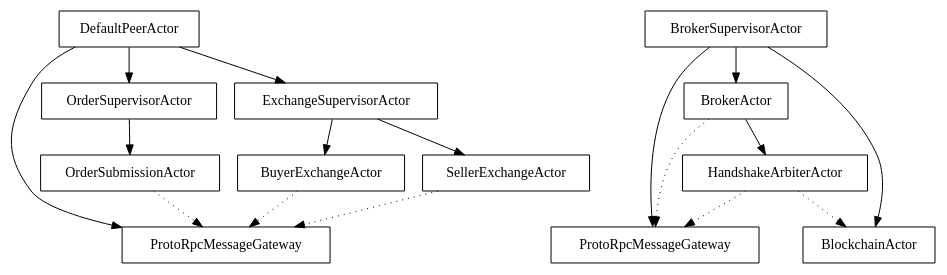
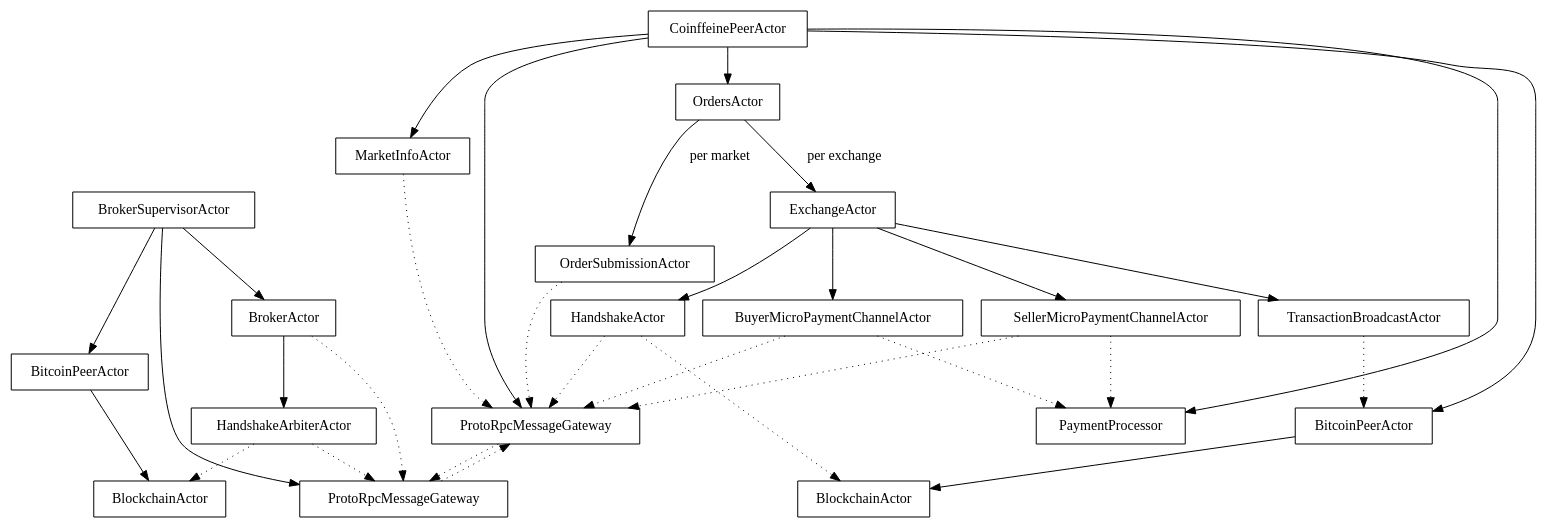
One commit to Gutalean/coinffeine changed the diagram in doc/graphviz/actor-supervision.dot. Above: the diagram before and after it, drawn with Graphviz. The commit also changed 2 other files, not shown here.

```diff
--- a/doc/graphviz/actor-supervision.dot
+++ b/doc/graphviz/actor-supervision.dot
@@ -1,26 +1,46 @@
 digraph {
 	node[shape=rectangle];
 
 	ProtoRpcMessageGateway1[label="ProtoRpcMessageGateway"];
 	ProtoRpcMessageGateway2[label="ProtoRpcMessageGateway"];
+	ProtoRpcMessageGateway1 -> ProtoRpcMessageGateway2 [style=dotted];
+	ProtoRpcMessageGateway2 -> ProtoRpcMessageGateway1 [style=dotted];
 
+	BitcoinPeerActor1[label="BitcoinPeerActor"];
+	BlockchainActor1[label="BlockchainActor"];
+	BitcoinPeerActor1 -> BlockchainActor1;
+	BitcoinPeerActor2[label="BitcoinPeerActor"];
+	BlockchainActor2[label="BlockchainActor"];
+	BitcoinPeerActor2 -> BlockchainActor2;
+
+	#############################################################
 	# Client side
-	DefaultPeerActor -> ProtoRpcMessageGateway1, OrderSupervisorActor;	
+	CoinffeinePeerActor -> ProtoRpcMessageGateway1, OrdersActor,
+                               BitcoinPeerActor1, PaymentProcessor;
+	CoinffeinePeerActor -> MarketInfoActor;	
 
-	# Client order book
-	OrderSupervisorActor -> OrderSubmissionActor;
+	MarketInfoActor -> ProtoRpcMessageGateway1[style=dotted];
+	OrdersActor -> OrderSubmissionActor [label="per market"];
+	OrdersActor -> ExchangeActor [label="per exchange"];
 	OrderSubmissionActor -> ProtoRpcMessageGateway1[style=dotted];
 
 	# Client exchange
-	DefaultPeerActor -> ExchangeSupervisorActor;
-	ExchangeSupervisorActor -> BuyerExchangeActor, SellerExchangeActor;
-	BuyerExchangeActor -> ProtoRpcMessageGateway1[style=dotted];
-	SellerExchangeActor -> ProtoRpcMessageGateway1[style=dotted];
+	ExchangeActor -> HandshakeActor, 
+		         BuyerMicroPaymentChannelActor, 
+		         SellerMicroPaymentChannelActor, 
+			 TransactionBroadcastActor;
+	HandshakeActor -> ProtoRpcMessageGateway1, BlockchainActor1 [style=dotted];
+	TransactionBroadcastActor -> BitcoinPeerActor1 [style=dotted];
+	BuyerMicroPaymentChannelActor -> ProtoRpcMessageGateway1, PaymentProcessor [style=dotted];
+	SellerMicroPaymentChannelActor -> ProtoRpcMessageGateway1, PaymentProcessor [style=dotted];
 
+
+	#############################################################
 	# Server side
-	BrokerSupervisorActor -> BrokerActor, ProtoRpcMessageGateway2, BlockchainActor;
+	BrokerSupervisorActor -> BrokerActor, ProtoRpcMessageGateway2,
+ 			         BitcoinPeerActor2;
 	BrokerActor -> ProtoRpcMessageGateway2[style=dotted];
 	BrokerActor -> HandshakeArbiterActor;
 	HandshakeArbiterActor -> ProtoRpcMessageGateway2[style=dotted];
-	HandshakeArbiterActor -> BlockchainActor[style=dotted];
+	HandshakeArbiterActor -> BlockchainActor2[style=dotted];
 }
```
